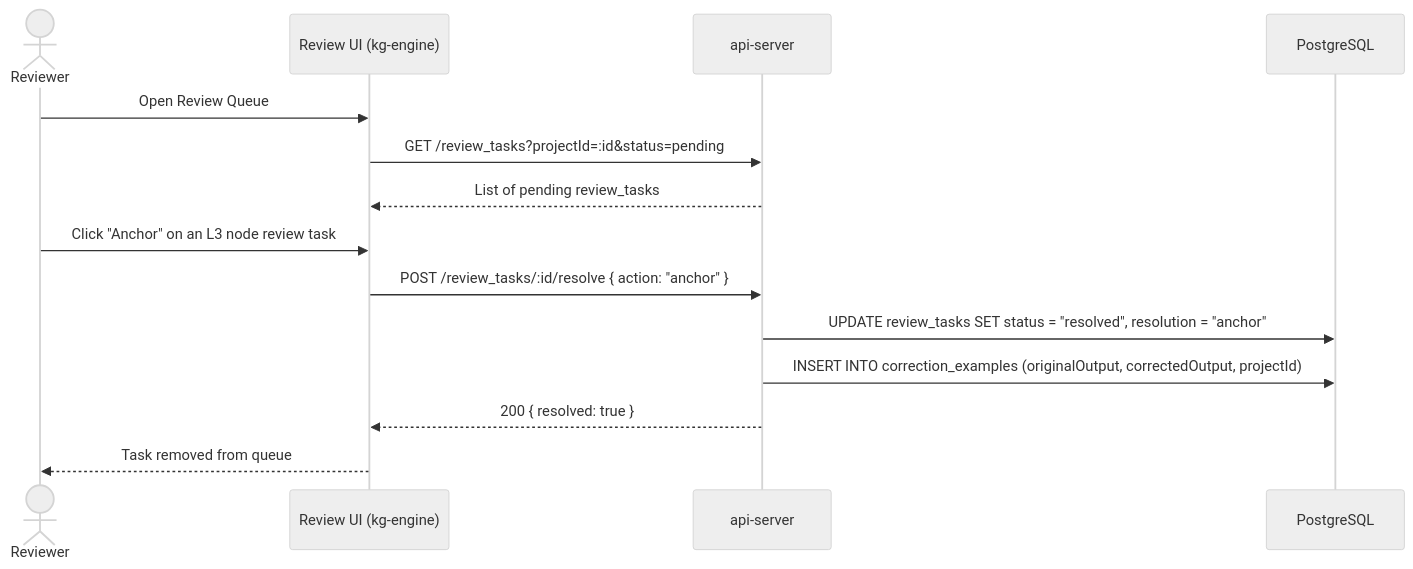
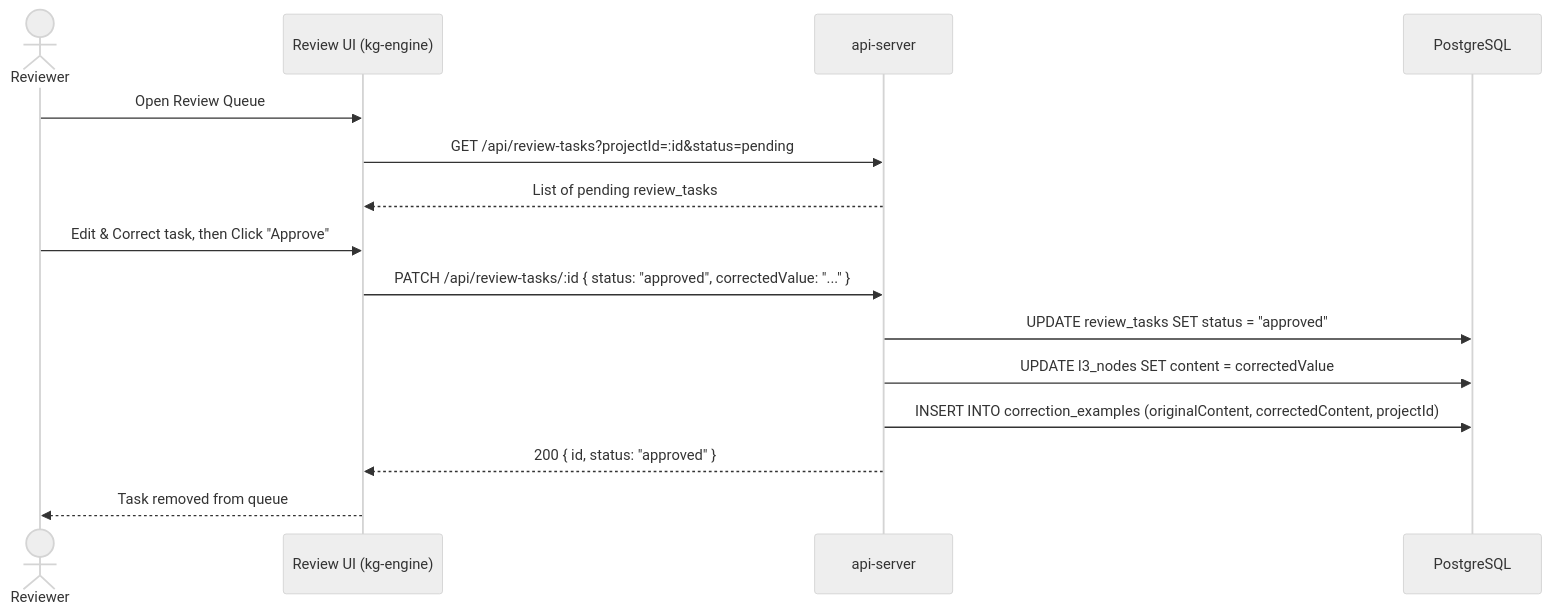
Before and after one commit to dyphn1/Docuvia: the fourth of 7 diagrams in docs/design/06-runtime-scenarios.md, drawn with Mermaid (neutral theme). The commit also changed 48 other files, not shown here.

First line of the commit message:
feat(core): add rate limiting, new API endpoints, and clean up roadmap docs

````diff
--- a/docs/design/06-runtime-scenarios.md
+++ b/docs/design/06-runtime-scenarios.md
@@ -122,18 +122,19 @@
 ```mermaid
 sequenceDiagram
     actor Reviewer
     participant FE as Review UI (kg-engine)
     participant API as api-server
     participant DB as PostgreSQL
 
     Reviewer->>FE: Open Review Queue
-    FE->>API: GET /review_tasks?projectId=:id&status=pending
+    FE->>API: GET /api/review-tasks?projectId=:id&status=pending
     API-->>FE: List of pending review_tasks
 
-    Reviewer->>FE: Click "Anchor" on an L3 node review task
-    FE->>API: POST /review_tasks/:id/resolve { action: "anchor" }
-    API->>DB: UPDATE review_tasks SET status = "resolved", resolution = "anchor"
-    API->>DB: INSERT INTO correction_examples (originalOutput, correctedOutput, projectId)
-    API-->>FE: 200 { resolved: true }
+    Reviewer->>FE: Edit & Correct task, then Click "Approve"
+    FE->>API: PATCH /api/review-tasks/:id { status: "approved", correctedValue: "..." }
+    API->>DB: UPDATE review_tasks SET status = "approved"
+    API->>DB: UPDATE l3_nodes SET content = correctedValue
+    API->>DB: INSERT INTO correction_examples (originalContent, correctedContent, projectId)
+    API-->>FE: 200 { id, status: "approved" }
     FE-->>Reviewer: Task removed from queue
 ```
````
